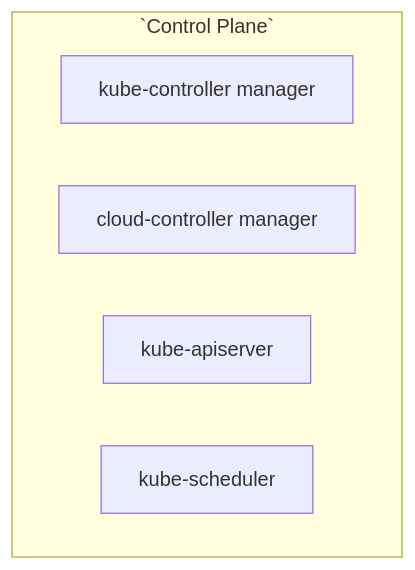
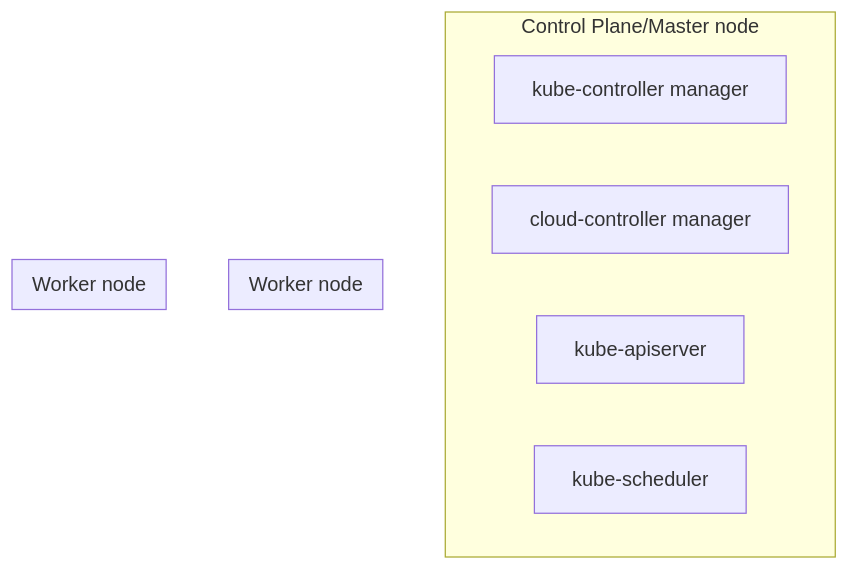
The diagram in kubernetes/nodes.md (pratshield/docker-kubernetes), drawn with Mermaid before and after one commit.

````diff
--- a/kubernetes/nodes.md
+++ b/kubernetes/nodes.md
@@ -9,9 +9,13 @@
 ```mermaid
 flowchart TB
-  subgraph `Control Plane`
+  subgraph "Control Plane/Master node"
   A[kube-controller manager]
   B[cloud-controller manager]
   C[kube-apiserver]
   D[kube-scheduler]
   end
+  subgraph "Worker node"
+  end
+  subgraph "Worker node"
+  end
 ```
````
